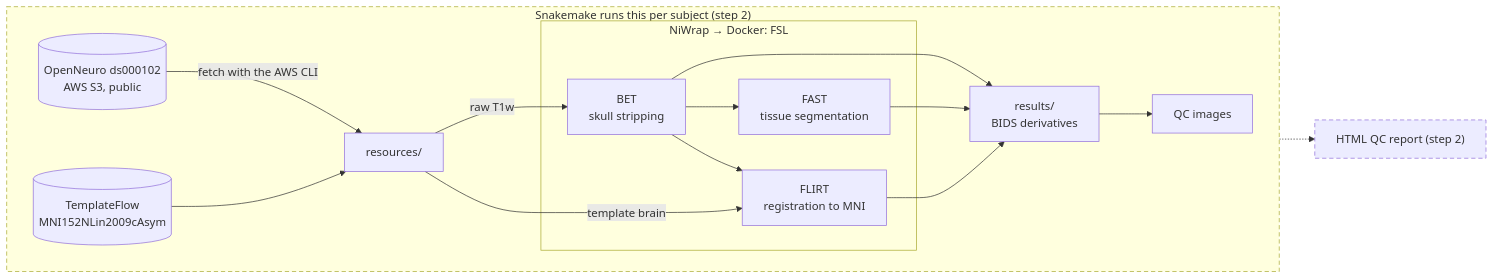
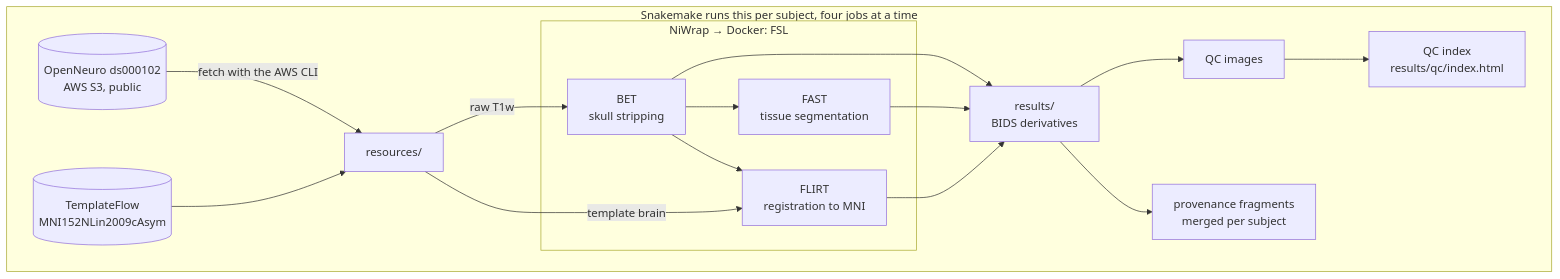
One commit to raihanvaheed/openneuro-t1-pipeline changed the diagram in docs/architecture.md. Above: the diagram before and after it, drawn with Mermaid. The commit also changed other lines of this file and 32 other files, not shown here.

Commit message:
Step 2: Snakemake over ten subjects, per-step provenance, QC index and report

````diff
--- a/docs/architecture.md
+++ b/docs/architecture.md
@@ -5,31 +11,28 @@
 ```mermaid
 flowchart LR
-    subgraph snakemake["Snakemake runs this per subject (step 2)"]
+    subgraph snakemake["Snakemake runs this per subject, four jobs at a time"]
         direction LR
         S3[("OpenNeuro ds000102<br/>AWS S3, public")]
         TF[("TemplateFlow<br/>MNI152NLin2009cAsym")]
         RES["resources/"]
         S3 -->|"fetch with the AWS CLI"| RES
         TF --> RES
 
         subgraph niwrap["NiWrap → Docker: FSL"]
             BET["BET<br/>skull stripping"]
             FAST["FAST<br/>tissue segmentation"]
             FLIRT["FLIRT<br/>registration to MNI"]
             BET --> FAST
             BET --> FLIRT
         end
 
         RES -->|"raw T1w"| BET
         RES -->|"template brain"| FLIRT
         BET --> RESULTS
         FAST --> RESULTS
         FLIRT --> RESULTS
         RESULTS["results/<br/>BIDS derivatives"] --> QC["QC images"]
+        RESULTS --> PROV["provenance fragments<br/>merged per subject"]
+        QC --> INDEX["QC index<br/>results/qc/index.html"]
     end
-
-    QC -.-> REPORT["HTML QC report (step 2)"]
-
-    style snakemake stroke-dasharray: 6 4
-    style REPORT stroke-dasharray: 6 4
 ```
````
